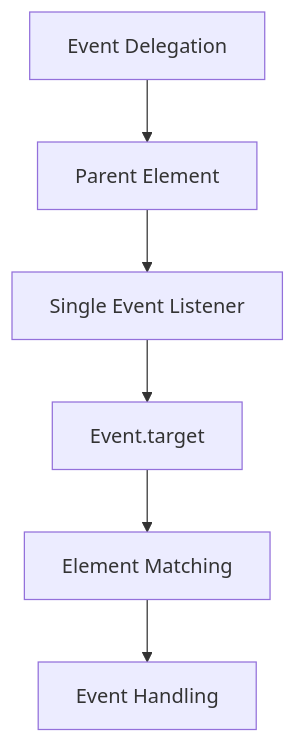
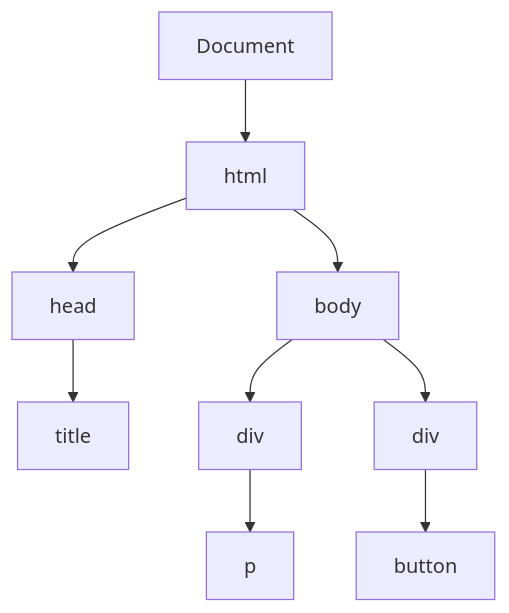
Before and after one commit to KRISACHAN/ying-web: the first of 2 diagrams in apps/fe-docs/pages/interview/javascript/6-dom-and-events.mdx, drawn with Mermaid. The commit also changed other lines of this file and 13 other files, not shown here.

````diff
--- a/apps/fe-docs/pages/interview/javascript/6-dom-and-events.mdx
+++ b/apps/fe-docs/pages/interview/javascript/6-dom-and-events.mdx
@@ -5,8 +7,11 @@
 ```mermaid
 graph TD
-    A[Event Delegation] --> B[Parent Element]
-    B --> C[Single Event Listener]
-    C --> D[Event.target]
-    D --> E[Element Matching]
-    E --> F[Event Handling]
+    A[Document] --> B[html]
+    B --> C[head]
+    B --> D[body]
+    C --> E[title]
+    D --> F[div]
+    D --> G[div]
+    F --> H[p]
+    G --> I[button]
 ```
````
